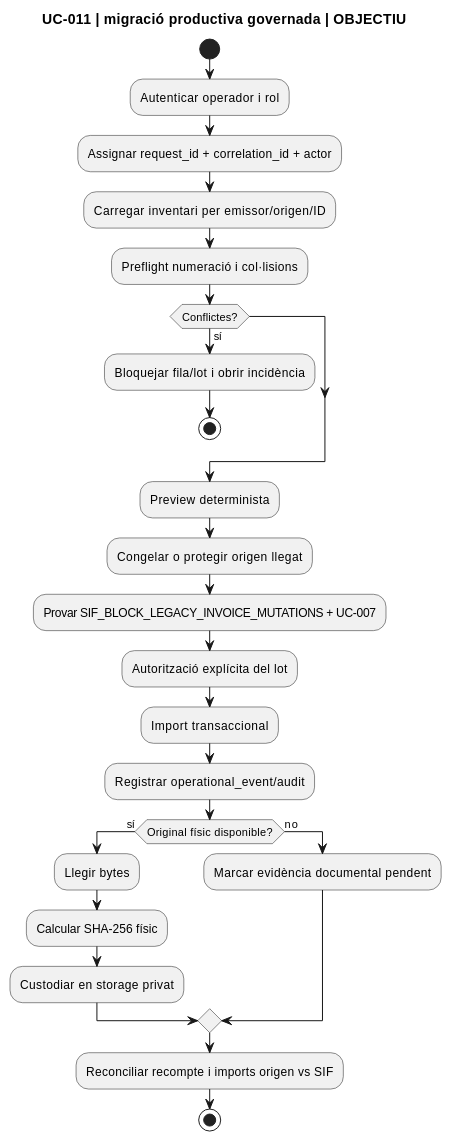
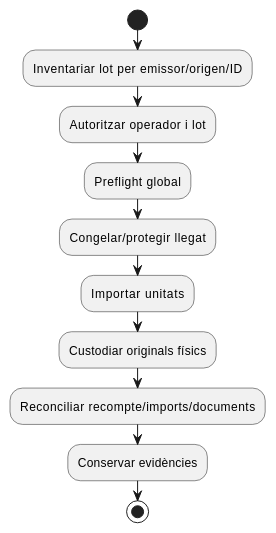
One commit to orgmeriemprismacat-del/verifactu changed the fifth of 5 diagrams in documentacio/07-uml-integrat/uc-011-activitats-actual-final.md. Above: the diagram before and after it, drawn with PlantUML. The commit also changed other lines of this file, not shown here.

Commit message:
docs(UC-011): reconciliar estat FINAL, preflight i auditoria

```diff
--- a/documentacio/07-uml-integrat/uc-011-activitats-actual-final.md
+++ b/documentacio/07-uml-integrat/uc-011-activitats-actual-final.md
@@ -190,29 +104,14 @@
 ~~~plantuml
 @startuml
-title UC-011 | migració productiva governada | OBJECTIU
 start
-:Autenticar operador i rol;
-:Assignar request_id + correlation_id + actor;
-:Carregar inventari per emissor/origen/ID;
-:Preflight numeració i col·lisions;
-if (Conflictes?) then (sí)
-  :Bloquejar fila/lot i obrir incidència;
-  stop
-endif
-:Preview determinista;
-:Congelar o protegir origen llegat;
-:Provar SIF_BLOCK_LEGACY_INVOICE_MUTATIONS + UC-007;
-:Autorització explícita del lot;
-:Import transaccional;
-:Registrar operational_event/audit;
-if (Original físic disponible?) then (sí)
-  :Llegir bytes;
-  :Calcular SHA-256 físic;
-  :Custodiar en storage privat;
-else (no)
-  :Marcar evidència documental pendent;
-endif
-:Reconciliar recompte i imports origen vs SIF;
+:Inventariar lot per emissor/origen/ID;
+:Autoritzar operador i lot;
+:Preflight global;
+:Congelar/protegir llegat;
+:Importar unitats;
+:Custodiar originals físics;
+:Reconciliar recompte/imports/documents;
+:Conservar evidències;
 stop
 @enduml
 ~~~
```
